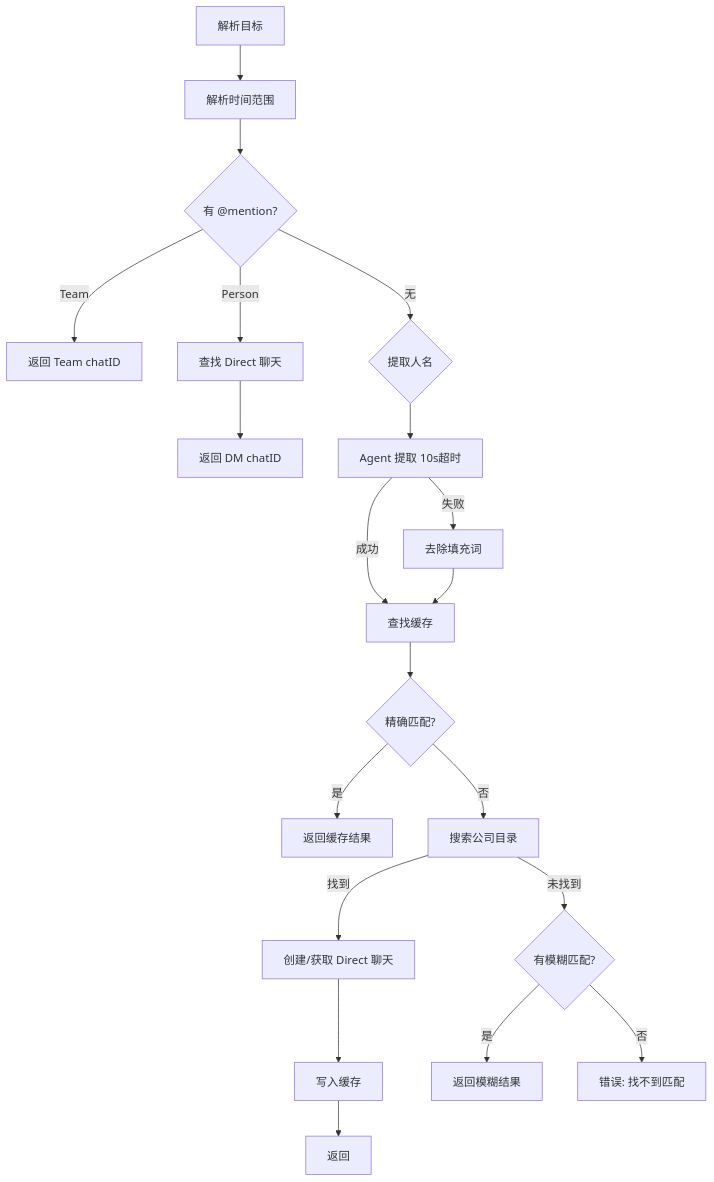
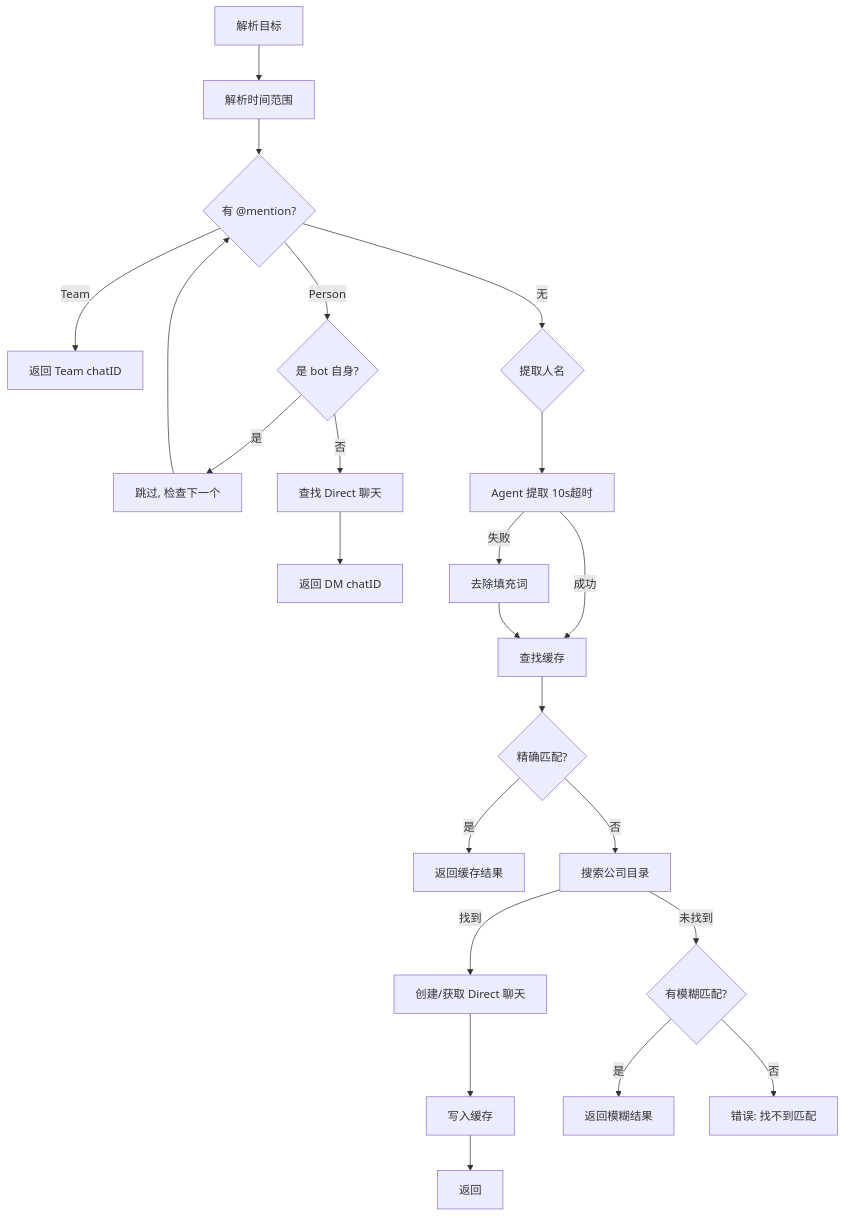
One commit to ringclaw/ringclaw changed the second of 3 diagrams in docs/zh/features/summarize.md. Above: the diagram before and after it, drawn with Mermaid. The commit also changed other lines of this file and 1 other file, not shown here.

Commit message:
docs: update summarize docs with absolute dates and bot mention skip

````diff
--- a/docs/zh/features/summarize.md
+++ b/docs/zh/features/summarize.md
@@ -48,22 +48,25 @@
 ```mermaid
 flowchart TD
     Start[解析目标] --> Time[解析时间范围]
     Time --> Mention{有 @mention?}
     Mention -->|Team| Done1[返回 Team chatID]
-    Mention -->|Person| FindDM[查找 Direct 聊天]
+    Mention -->|Person| BotCheck{是 bot 自身?}
+    BotCheck -->|是| Skip[跳过, 检查下一个]
+    Skip --> Mention
+    BotCheck -->|否| FindDM[查找 Direct 聊天]
     FindDM --> Done2[返回 DM chatID]
     Mention -->|无| ExtractName{提取人名}
     ExtractName --> AgentExtract[Agent 提取 10s超时]
     AgentExtract -->|成功| Lookup
     AgentExtract -->|失败| FillerStrip[去除填充词]
     FillerStrip --> Lookup[查找缓存]
     Lookup --> CacheExact{精确匹配?}
     CacheExact -->|是| Done3[返回缓存结果]
     CacheExact -->|否| Directory[搜索公司目录]
     Directory -->|找到| CreateConv[创建/获取 Direct 聊天]
     CreateConv --> Cache[写入缓存]
     Cache --> Done4[返回]
     Directory -->|未找到| CacheFuzzy{有模糊匹配?}
     CacheFuzzy -->|是| Done5[返回模糊结果]
     CacheFuzzy -->|否| Error[错误: 找不到匹配]
 ```
````
